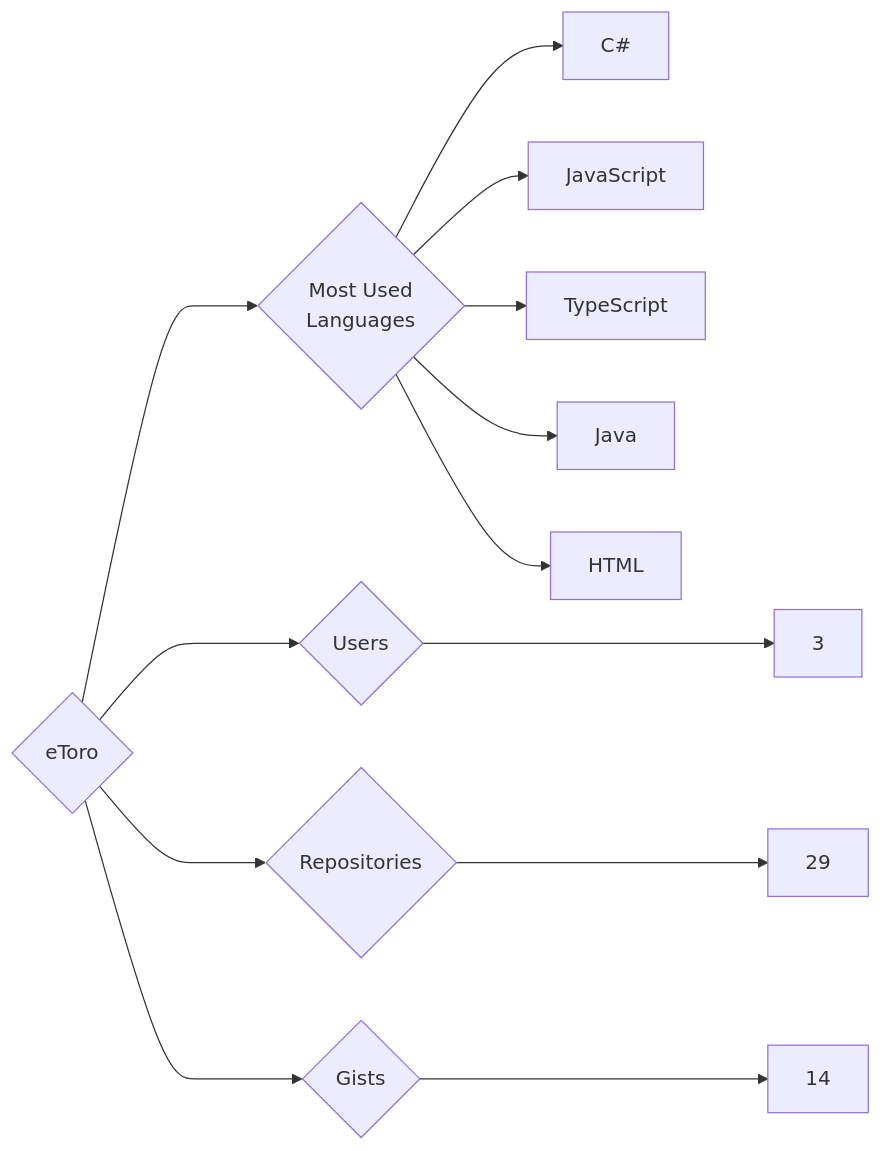
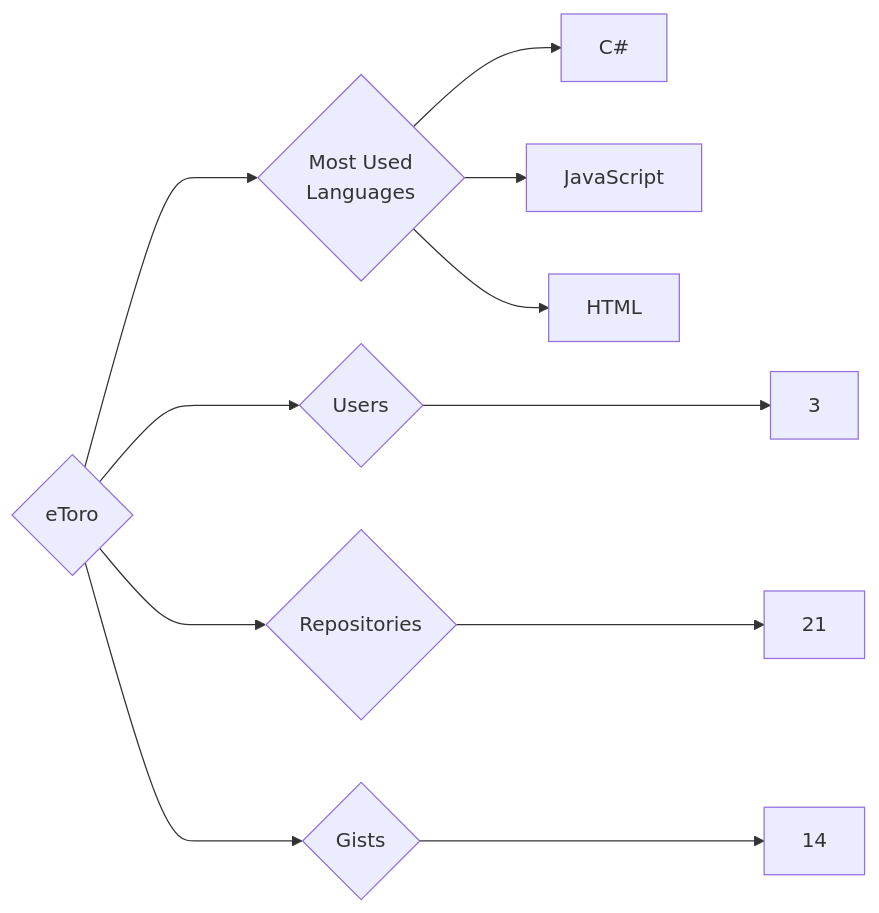
The diagram in targets/eToro/README.md (trickest/insiders), drawn with Mermaid before and after one commit. The commit also changed 1020 other files, not shown here.

````diff
--- a/targets/eToro/README.md
+++ b/targets/eToro/README.md
@@ -3,13 +3,11 @@
 ```mermaid
 graph LR
 COMPANY_NAME{eToro}
 COMPANY_NAME ---> U{Users} ---> UN[3]
-COMPANY_NAME ---> R{Repositories} ---> RN[29]
+COMPANY_NAME ---> R{Repositories} ---> RN[21]
 COMPANY_NAME ---> G{Gists} ---> GN[14]
 COMPANY_NAME ---> ML{Most Used<br>Languages}
 ML --> C#[C#]
 ML --> JavaScript[JavaScript]
-ML --> TypeScript[TypeScript]
-ML --> Java[Java]
 ML --> HTML[HTML]
 ```
````
